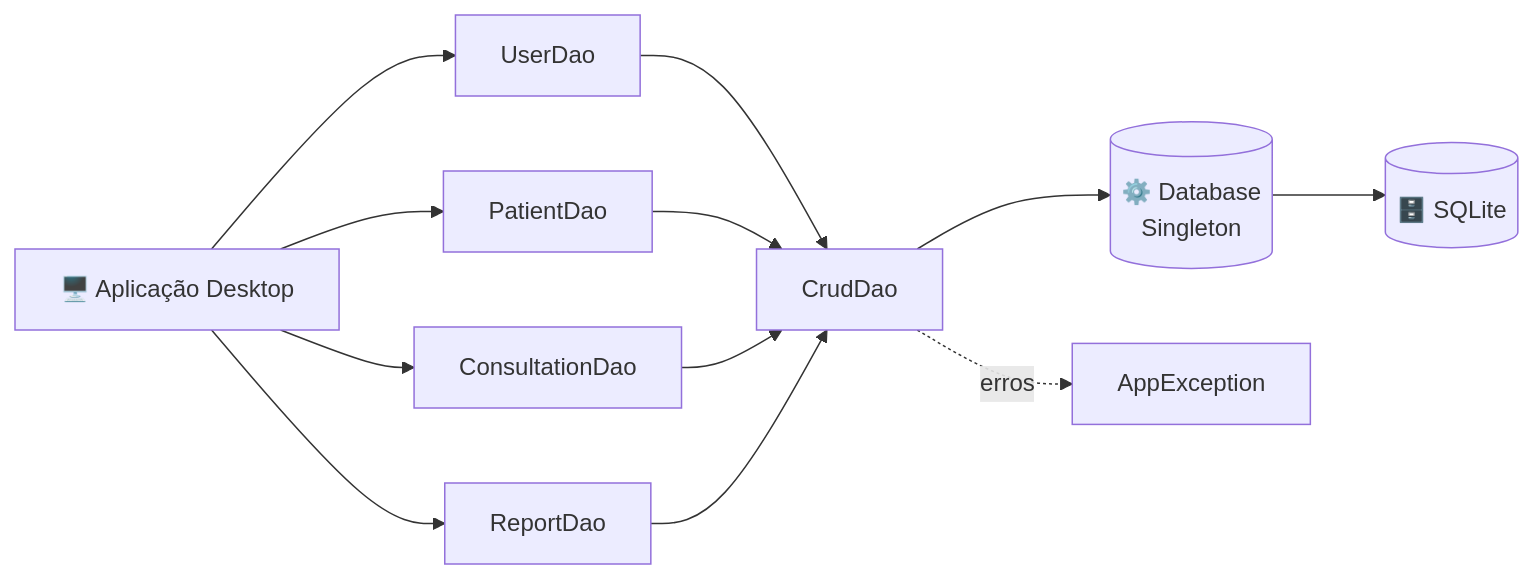
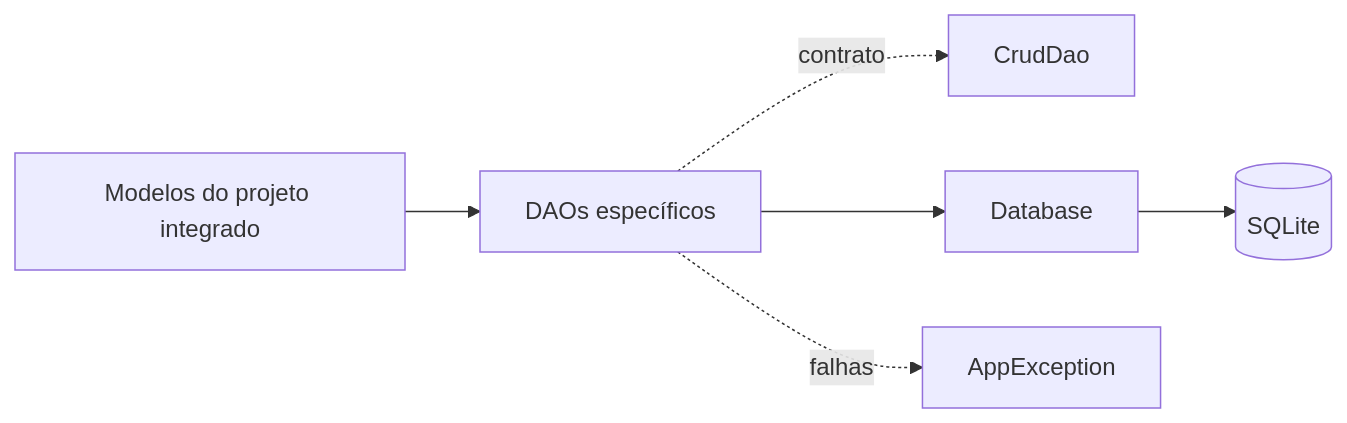
One commit to guilhermeestrela10/nutrimind-desktop changed the diagram in README.md. Above: the diagram before and after it, drawn with Mermaid. The commit also changed other lines of this file and 1 other file, not shown here.

````diff
--- a/README.md
+++ b/README.md
@@ -62,11 +27,8 @@
 ```mermaid
 flowchart LR
-    A[🖥️ Aplicação Desktop] --> B[UserDao]
-    A --> C[PatientDao]
-    A --> D[ConsultationDao]
-    A --> E[ReportDao]
-    B & C & D & E --> F[CrudDao]
-    F --> G[(⚙️ Database<br/>Singleton)]
-    G --> H[(🗄️ SQLite)]
-    F -. erros .-> I[AppException]
+    Modelos[Modelos do projeto integrado] --> DAOs[DAOs específicos]
+    DAOs -. contrato .-> CRUD[CrudDao]
+    DAOs --> Conexao[Database]
+    Conexao --> SQLite[(SQLite)]
+    DAOs -. falhas .-> Erro[AppException]
 ```
````
